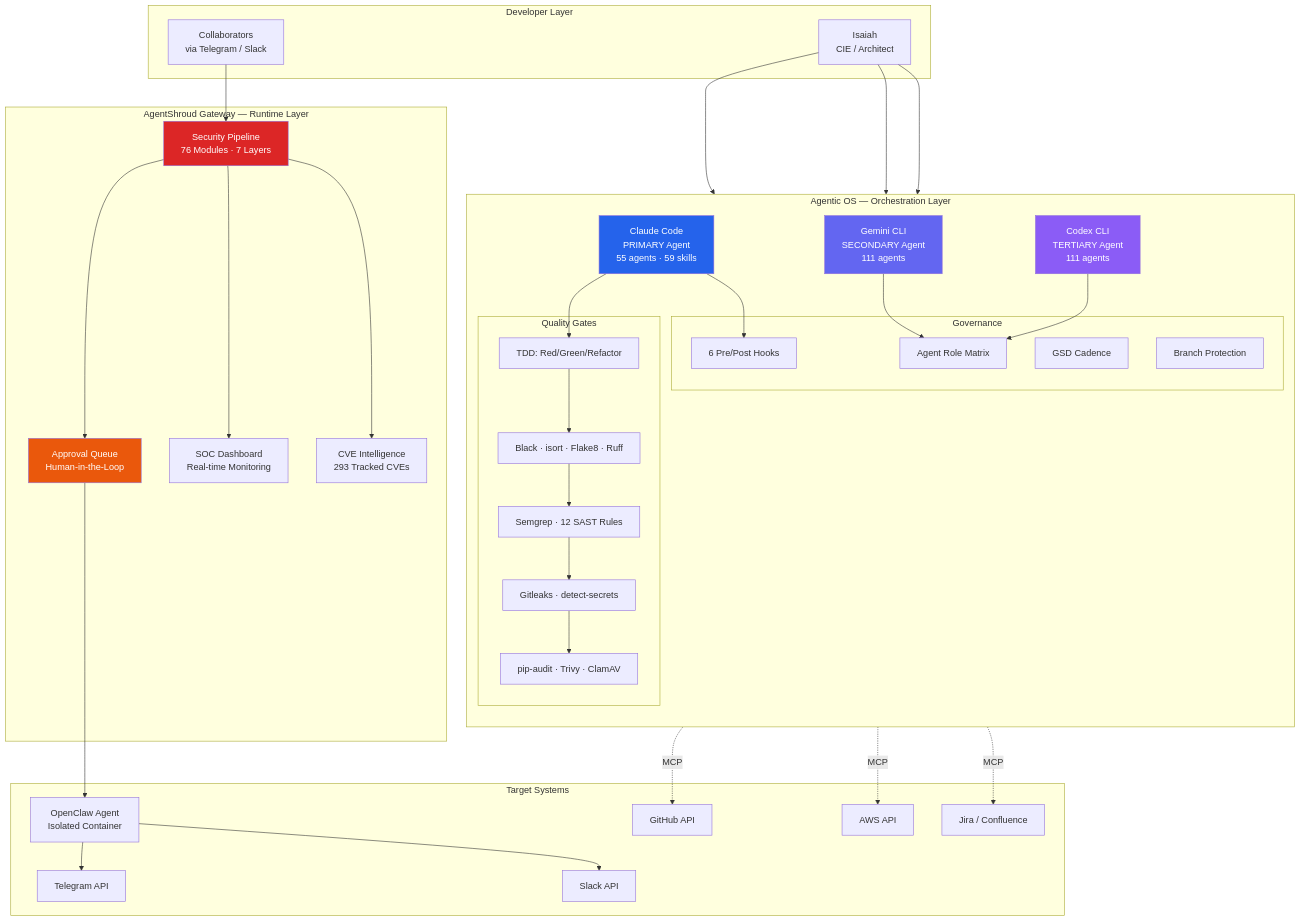
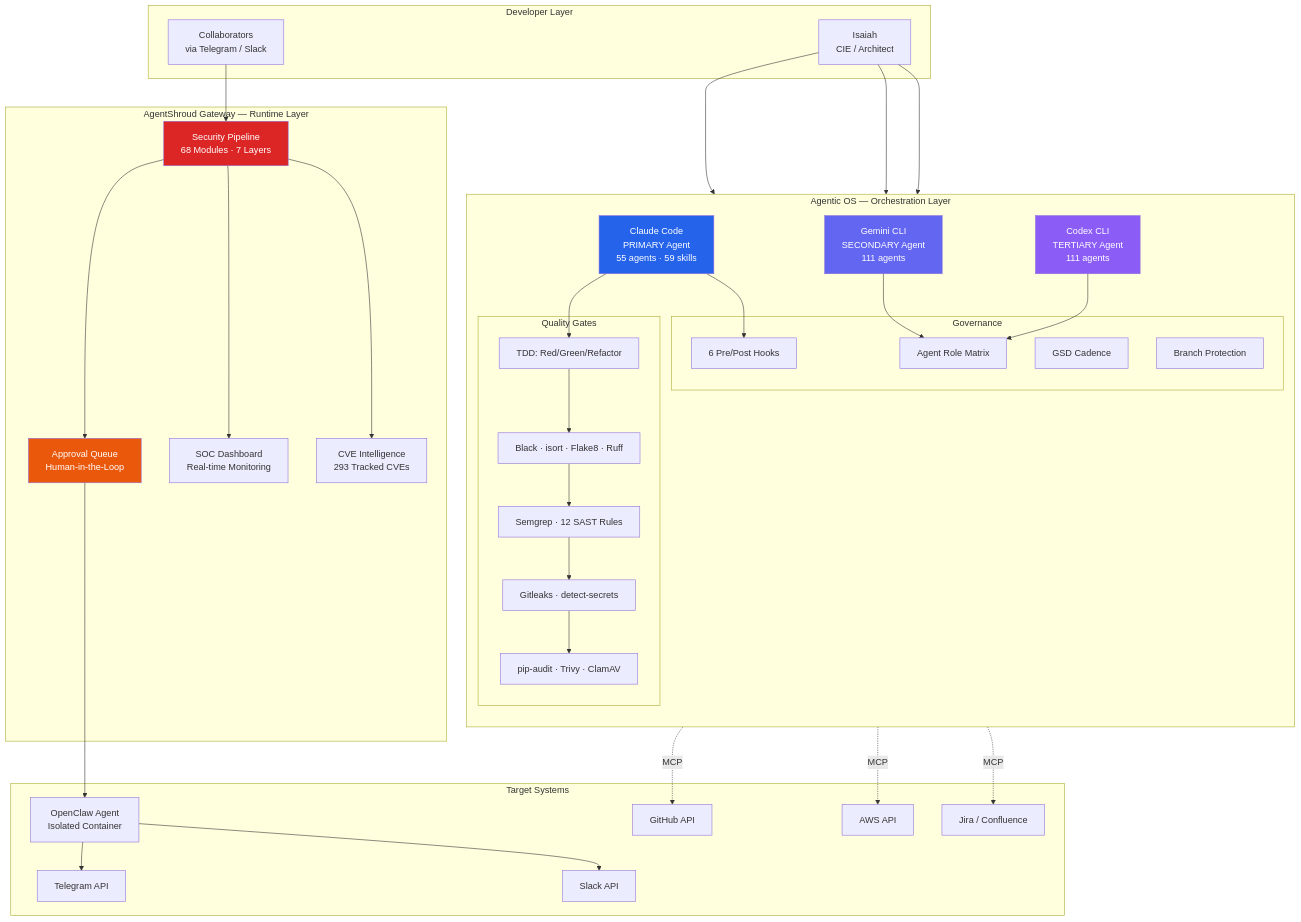
The first of 11 diagrams in docs/architecture/agentic-os.md (idallasjlabs/agentshroud), drawn with Mermaid before and after one commit. The commit also changed other lines of this file and 9 other files, not shown here.

````diff
--- a/docs/architecture/agentic-os.md
+++ b/docs/architecture/agentic-os.md
@@ -40,74 +40,74 @@
 ```mermaid
 graph TB
     subgraph "Developer Layer"
         IJ[Isaiah<br/>CIE / Architect]
         COLLAB[Collaborators<br/>via Telegram / Slack]
     end
 
     subgraph "Agentic OS — Orchestration Layer"
         direction TB
         CC[Claude Code<br/>PRIMARY Agent<br/>55 agents · 59 skills]
         GC[Gemini CLI<br/>SECONDARY Agent<br/>111 agents]
         CX[Codex CLI<br/>TERTIARY Agent<br/>111 agents]
 
         subgraph "Governance"
             HOOKS[6 Pre/Post Hooks]
             GSD[GSD Cadence]
             ROLES[Agent Role Matrix]
             BP[Branch Protection]
         end
 
         subgraph "Quality Gates"
             TDD[TDD: Red/Green/Refactor]
             LINT[Black · isort · Flake8 · Ruff]
             SAST[Semgrep · 12 SAST Rules]
             SEC[Gitleaks · detect-secrets]
             AUDIT[pip-audit · Trivy · ClamAV]
         end
     end
 
     subgraph "AgentShroud Gateway — Runtime Layer"
-        PIPE[Security Pipeline<br/>76 Modules · 7 Layers]
+        PIPE[Security Pipeline<br/>68 Modules · 7 Layers]
         AQ[Approval Queue<br/>Human-in-the-Loop]
         SOC[SOC Dashboard<br/>Real-time Monitoring]
         CVE[CVE Intelligence<br/>293 Tracked CVEs]
     end
 
     subgraph "Target Systems"
         BOT[OpenClaw Agent<br/>Isolated Container]
         TG[Telegram API]
         SL[Slack API]
         GH[GitHub API]
         AWS[AWS API]
         JIRA[Jira / Confluence]
     end
 
     IJ --> CC
     IJ --> GC
     IJ --> CX
     COLLAB --> PIPE
 
     CC --> HOOKS
     CC --> TDD
     GC --> ROLES
     CX --> ROLES
 
     TDD --> LINT --> SAST --> SEC --> AUDIT
 
     PIPE --> AQ
     AQ --> BOT
     BOT --> TG
     BOT --> SL
     PIPE --> SOC
     PIPE --> CVE
 
     CC -.->|MCP| GH
     CC -.->|MCP| JIRA
     CC -.->|MCP| AWS
 
     style CC fill:#2563eb,color:#fff
     style GC fill:#6366f1,color:#fff
     style CX fill:#8b5cf6,color:#fff
     style PIPE fill:#dc2626,color:#fff
     style AQ fill:#ea580c,color:#fff
 ```
````
